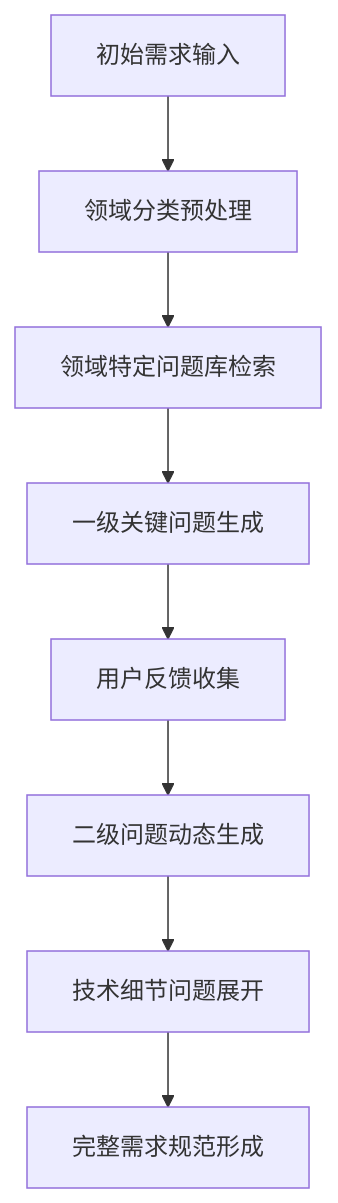
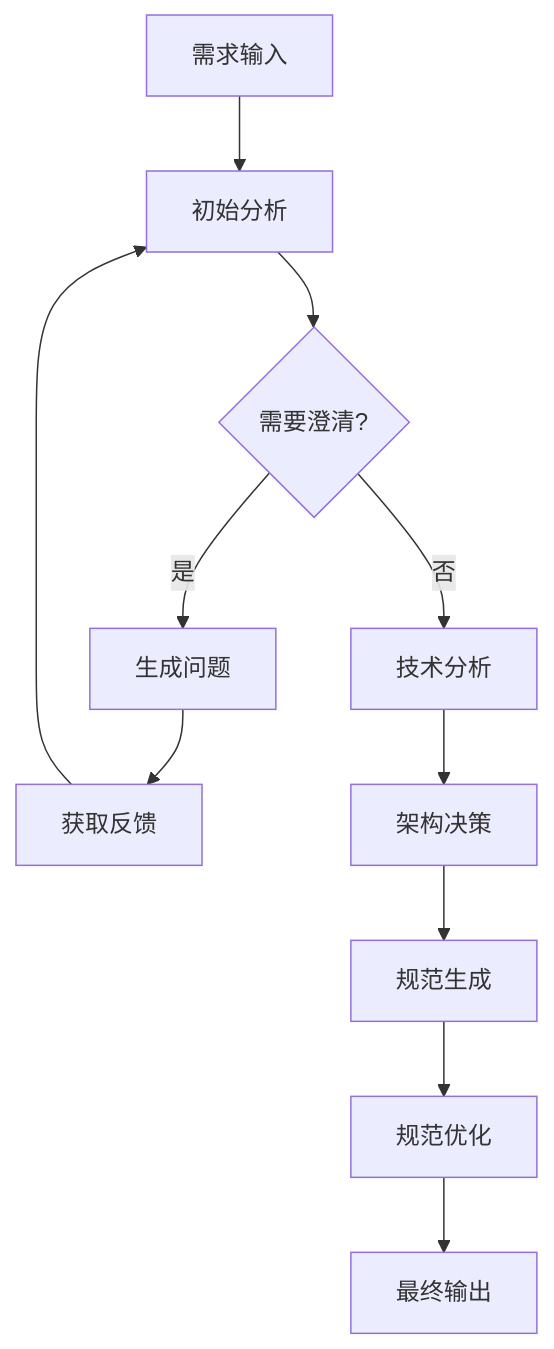
One commit to zhanghaocore/Qwen-Agent changed the second of 2 diagrams in auto_programming_system/docs/modules/requirement_analysis/advanced-requirement-analysis.md. Above: the diagram before and after it, drawn with Mermaid. The commit also changed other lines of this file and 2 other files, not shown here.

````diff
--- a/auto_programming_system/docs/modules/requirement_analysis/advanced-requirement-analysis.md
+++ b/auto_programming_system/docs/modules/requirement_analysis/advanced-requirement-analysis.md
@@ -28,10 +180,13 @@
 ```mermaid
 graph TD
-    A[初始需求输入] --> B[领域分类预处理]
-    B --> C[领域特定问题库检索]
-    C --> D[一级关键问题生成]
-    D --> E[用户反馈收集]
-    E --> F[二级问题动态生成]
-    F --> G[技术细节问题展开]
-    G --> H[完整需求规范形成]
+    A[需求输入] --> B[初始分析]
+    B --> C{需要澄清?}
+    C -->|是| D[生成问题]
+    D --> E[获取反馈]
+    E --> B
+    C -->|否| F[技术分析]
+    F --> G[架构决策]
+    G --> H[规范生成]
+    H --> I[规范优化]
+    I --> J[最终输出]
 ```
````
